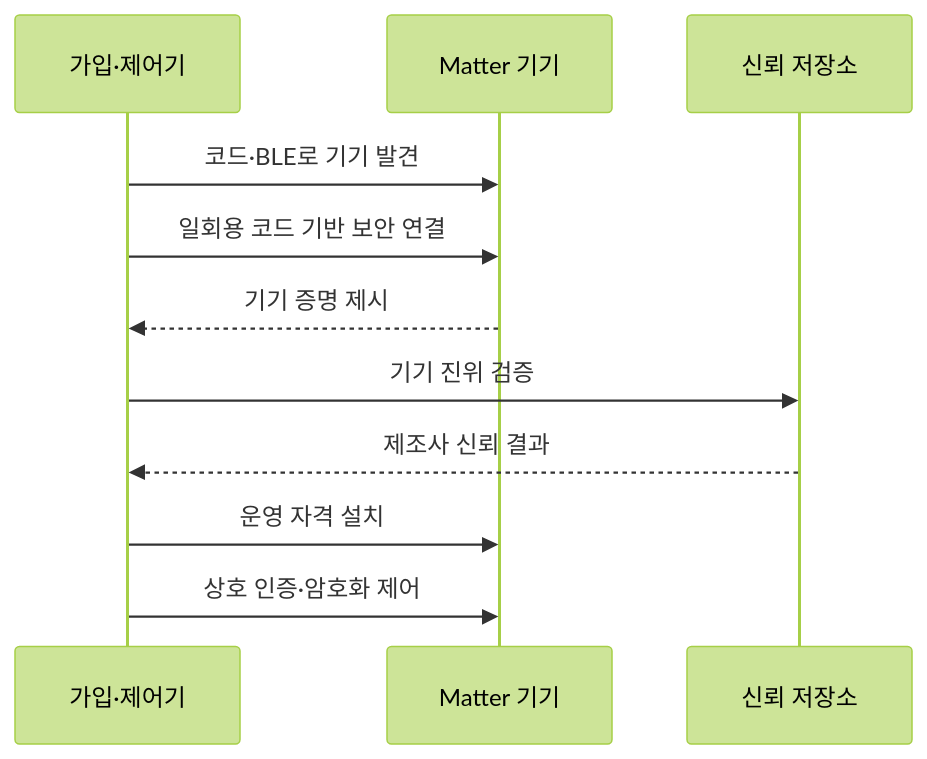
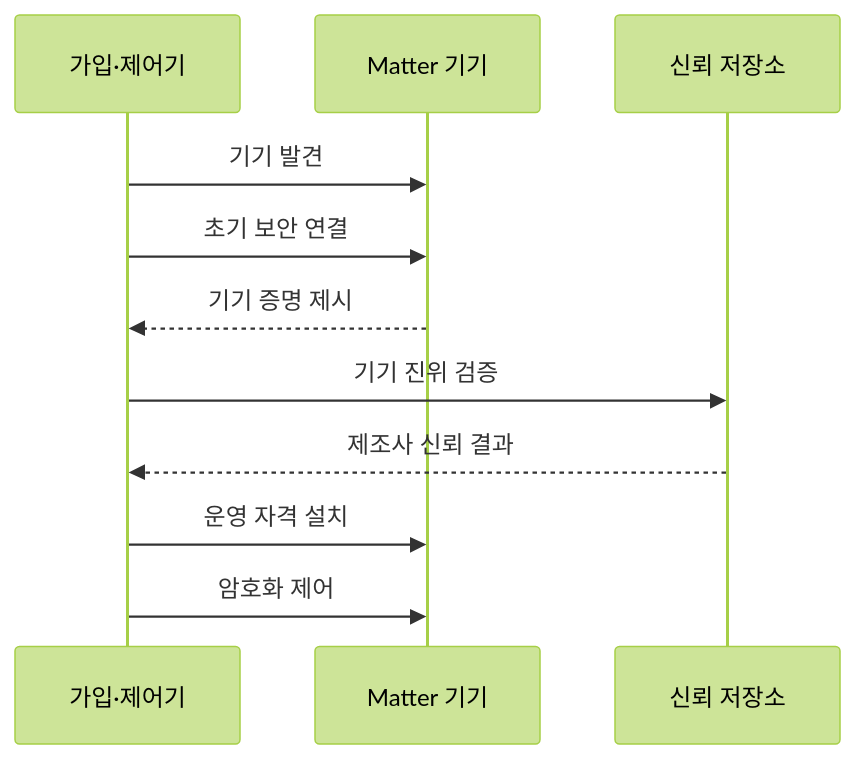
The second of 2 diagrams in src/content/docs/notes/04-network/113_smart_home_network_matter.md (agnusdei1207/knowledge-base), drawn with Mermaid (forest theme) before and after one commit. The commit also changed other lines of this file and 6 other files, not shown here.

````diff
--- a/src/content/docs/notes/04-network/113_smart_home_network_matter.md
+++ b/src/content/docs/notes/04-network/113_smart_home_network_matter.md
@@ -82,13 +83,13 @@
 ```mermaid
 sequenceDiagram
   participant C as 가입·제어기
   participant D as Matter 기기
   participant T as 신뢰 저장소
-  C->>D: 코드·BLE로 기기 발견
-  C->>D: 일회용 코드 기반 보안 연결
+  C->>D: 기기 발견
+  C->>D: 초기 보안 연결
   D-->>C: 기기 증명 제시
   C->>T: 기기 진위 검증
   T-->>C: 제조사 신뢰 결과
   C->>D: 운영 자격 설치
-  C->>D: 상호 인증·암호화 제어
+  C->>D: 암호화 제어
 ```
````
